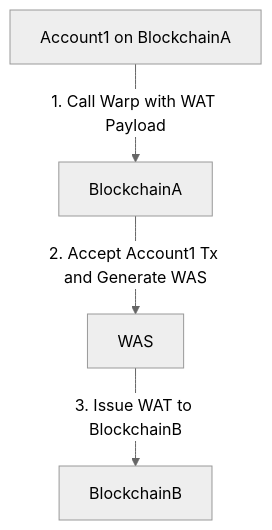
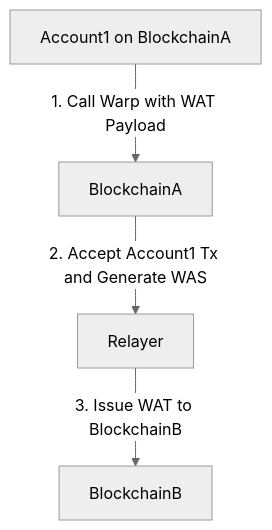
The diagram in ACPs/73-warp-addressed-transactions.md (avalanche-foundation/ACPs), drawn with Mermaid (neutral theme) before and after one commit.

Commit message:
Update middle component of diagram

````diff
--- a/ACPs/73-warp-addressed-transactions.md
+++ b/ACPs/73-warp-addressed-transactions.md
@@ -139,6 +139,6 @@
 ```mermaid
 flowchart TB
     A[Account1 on BlockchainA] -->|1. Call Warp with WAT Payload| B[BlockchainA]
-    B -->|2. Accept Account1 Tx and Generate WAS| C[WAS]
+    B -->|2. Accept Account1 Tx and Generate WAS| C[Relayer]
     C -->|3. Issue WAT to BlockchainB| D[BlockchainB]
 ```
````
